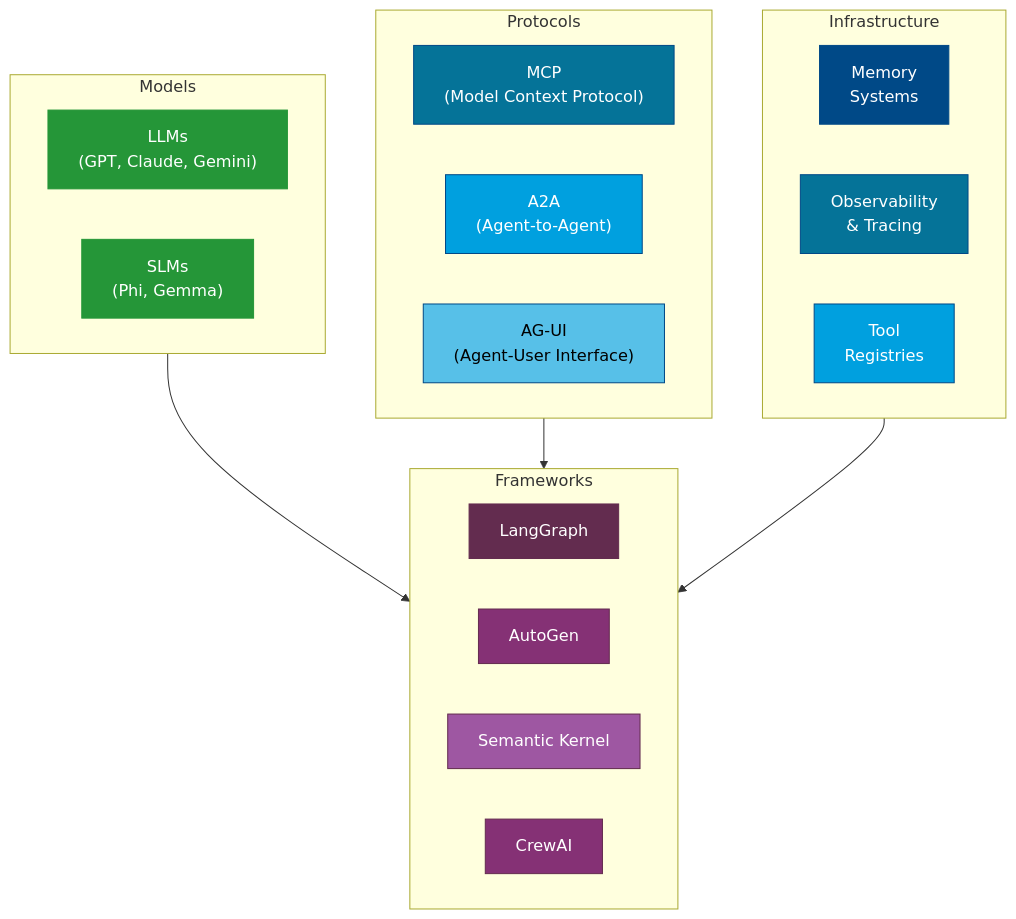
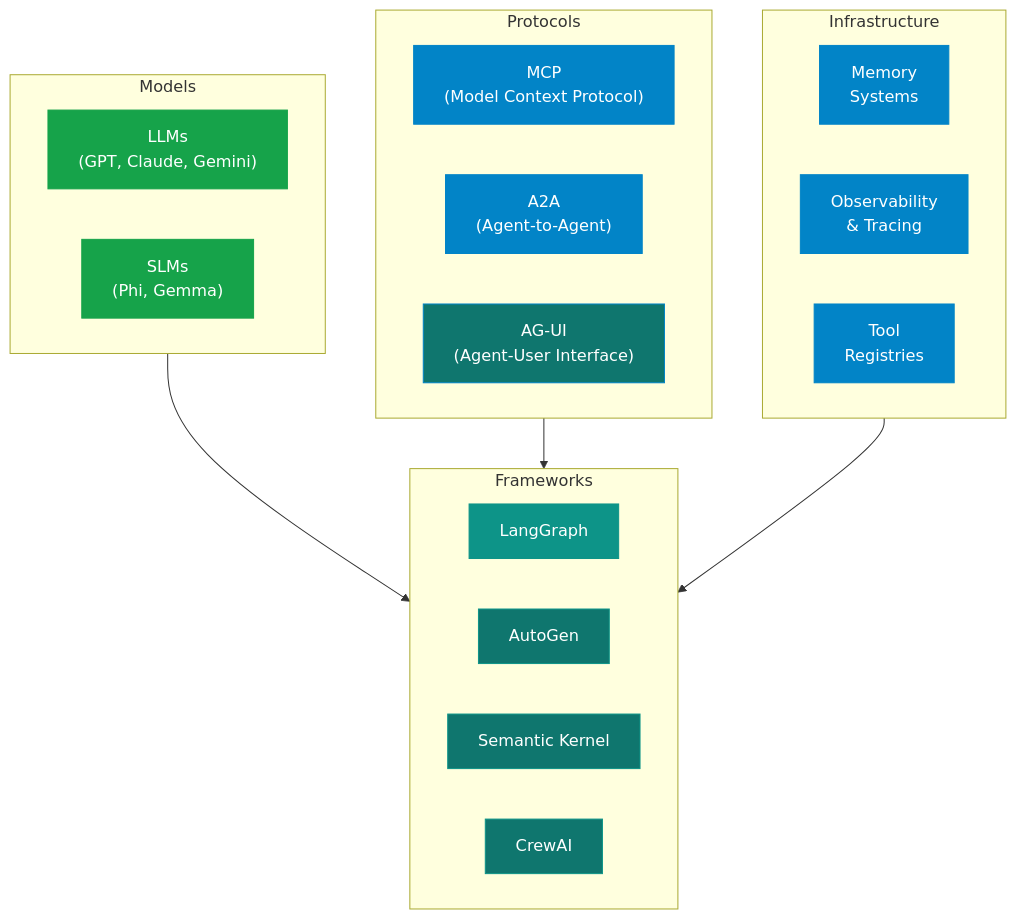
One commit to nitin27may/ai-resources changed the first of 2 diagrams in docs/concepts/agentic-ai.md. Above: the diagram before and after it, drawn with Mermaid. The commit also changed other lines of this file and 84 other files, not shown here.

````diff
--- a/docs/concepts/agentic-ai.md
+++ b/docs/concepts/agentic-ai.md
@@ -41,43 +44,43 @@
 ```mermaid
 graph TD
     subgraph Protocols
-        MCP["MCP\n(Model Context Protocol)"]
-        A2A["A2A\n(Agent-to-Agent)"]
-        AGUI["AG-UI\n(Agent-User Interface)"]
+        MCP["MCP<br/>(Model Context Protocol)"]
+        A2A["A2A<br/>(Agent-to-Agent)"]
+        AGUI["AG-UI<br/>(Agent-User Interface)"]
     end
 
     subgraph Frameworks
         LG["LangGraph"]
         AG["AutoGen"]
         SK["Semantic Kernel"]
         CW["CrewAI"]
     end
 
     subgraph Infrastructure
-        MEM["Memory\nSystems"]
-        OBS["Observability\n& Tracing"]
-        TOOLS["Tool\nRegistries"]
+        MEM["Memory<br/>Systems"]
+        OBS["Observability<br/>& Tracing"]
+        TOOLS["Tool<br/>Registries"]
     end
 
     subgraph Models
-        LLM["LLMs\n(GPT, Claude, Gemini)"]
-        SLM["SLMs\n(Phi, Gemma)"]
+        LLM["LLMs<br/>(GPT, Claude, Gemini)"]
+        SLM["SLMs<br/>(Phi, Gemma)"]
     end
 
     Models --> Frameworks
     Protocols --> Frameworks
     Infrastructure --> Frameworks
 
-    style MCP fill:#057398,stroke:#004987,color:#fff
-    style A2A fill:#00A0DF,stroke:#004987,color:#fff
-    style AGUI fill:#57C0E8,stroke:#004987,color:#000
-    style LG fill:#632C4F,stroke:#632C4F,color:#fff
-    style AG fill:#853175,stroke:#632C4F,color:#fff
-    style SK fill:#9E57A2,stroke:#632C4F,color:#fff
-    style CW fill:#853175,stroke:#632C4F,color:#fff
-    style MEM fill:#004987,stroke:#004987,color:#fff
-    style OBS fill:#057398,stroke:#004987,color:#fff
-    style TOOLS fill:#00A0DF,stroke:#004987,color:#fff
-    style LLM fill:#259638,stroke:#259638,color:#fff
-    style SLM fill:#259638,stroke:#259638,color:#fff
+    style MCP fill:#0284c7,stroke:#0284c7,color:#fff
+    style A2A fill:#0284c7,stroke:#0284c7,color:#fff
+    style AGUI fill:#0f766e,stroke:#0284c7,color:#fff
+    style LG fill:#0d9488,stroke:#0d9488,color:#fff
+    style AG fill:#0f766e,stroke:#0d9488,color:#fff
+    style SK fill:#0f766e,stroke:#0d9488,color:#fff
+    style CW fill:#0f766e,stroke:#0d9488,color:#fff
+    style MEM fill:#0284c7,stroke:#0284c7,color:#fff
+    style OBS fill:#0284c7,stroke:#0284c7,color:#fff
+    style TOOLS fill:#0284c7,stroke:#0284c7,color:#fff
+    style LLM fill:#16a34a,stroke:#16a34a,color:#fff
+    style SLM fill:#16a34a,stroke:#16a34a,color:#fff
 ```
````
